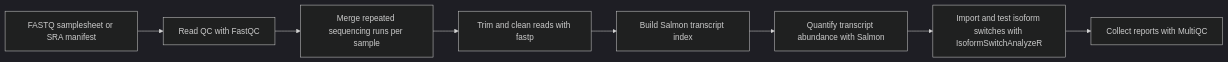
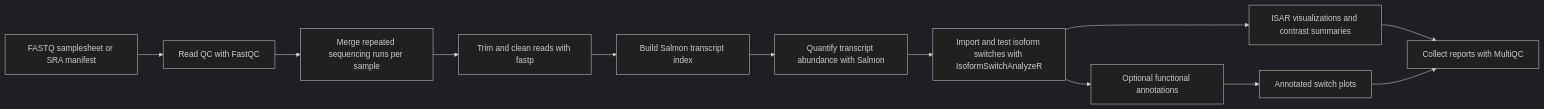
Before and after one commit to medbioinf/isoform-nf-core: the diagram in docs/getting_started/project_structure_and_nfcore_basics.md, drawn with Mermaid (dark theme). The commit also changed other lines of this file and 12 other files, not shown here.

````diff
--- a/docs/getting_started/project_structure_and_nfcore_basics.md
+++ b/docs/getting_started/project_structure_and_nfcore_basics.md
@@ -17,10 +17,14 @@
 ```mermaid
 flowchart LR
     A["FASTQ samplesheet or SRA manifest"] --> B["Read QC with FastQC"]
     B --> C["Merge repeated sequencing runs per sample"]
     C --> D["Trim and clean reads with fastp"]
     D --> E["Build Salmon transcript index"]
     E --> F["Quantify transcript abundance with Salmon"]
     F --> G["Import and test isoform switches with IsoformSwitchAnalyzeR"]
-    G --> H["Collect reports with MultiQC"]
+    G --> H["ISAR visualizations and contrast summaries"]
+    G --> I["Optional functional annotations"]
+    I --> J["Annotated switch plots"]
+    H --> K["Collect reports with MultiQC"]
+    J --> K
 ```
````
